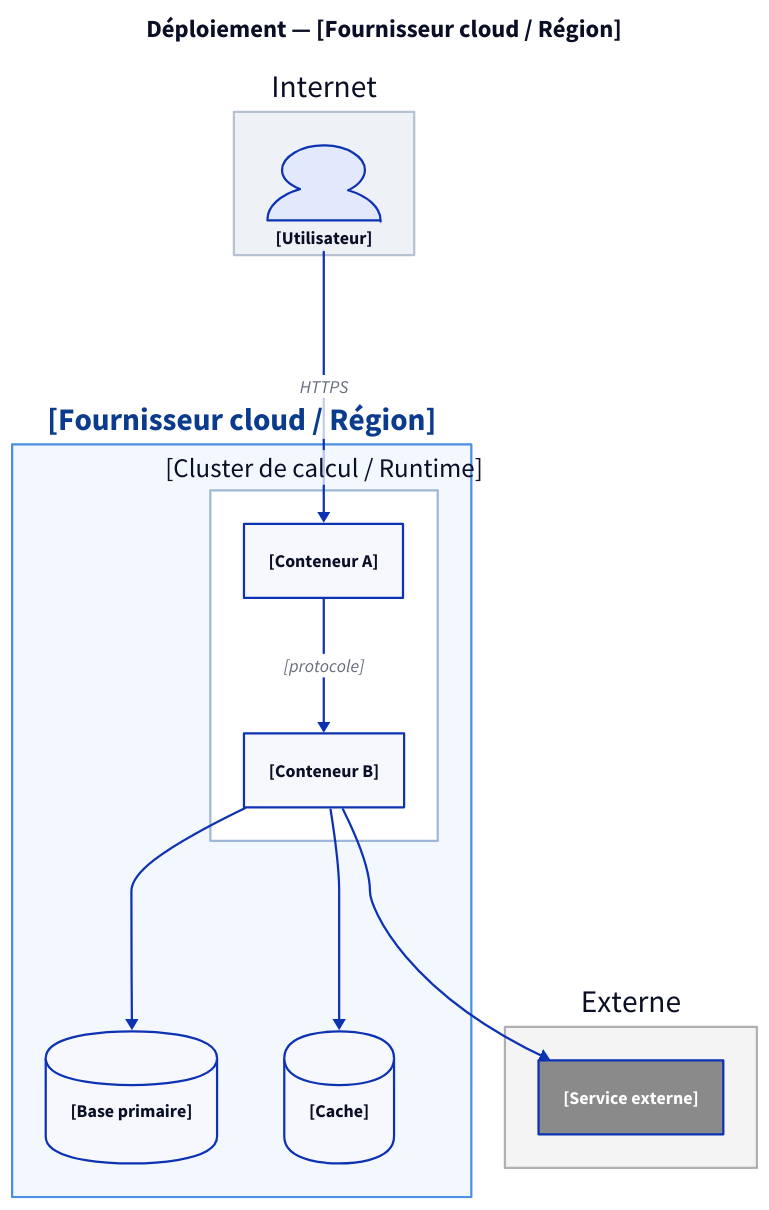
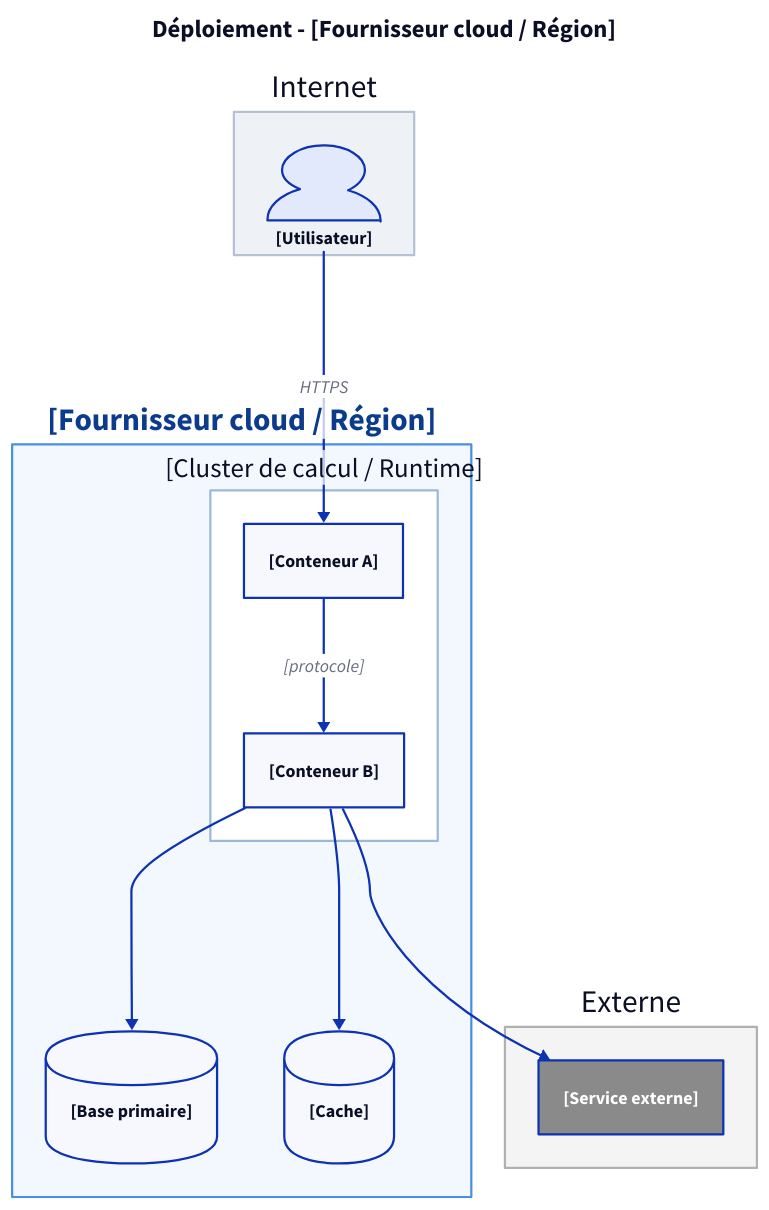
One commit to CGI-Shapsha-Factory/CGI-Factory-AI changed the fifth of 5 diagrams in architecte/templates/diagrammes.md. Above: the diagram before and after it, drawn with D2. The commit also changed other lines of this file and 124 other files, not shown here.

````diff
--- a/architecte/templates/diagrammes.md
+++ b/architecte/templates/diagrammes.md
@@ -163,32 +163,32 @@
 ```d2 theme=0
-title: "Déploiement — [Fournisseur cloud / Région]" { near: top-center; shape: text; style.font-size: 22; style.bold: true }
+title: "Déploiement - [Fournisseur cloud / Région]" { near: top-center; shape: text; style.font-size: 22; style.bold: true }
 direction: down
 
 internet: "Internet" {
   style.fill: "#eef2f7"; style.stroke: "#b6c2d2"
   user: "[Utilisateur]" { shape: person }
 }
 
 cloud: "[Fournisseur cloud / Région]" {
   style.fill: "#f3f8ff"; style.stroke: "#4a90e2"; style.font-color: "#0b3b8c"; style.bold: true
 
   compute: "[Cluster de calcul / Runtime]" {
     style.fill: "#ffffff"; style.stroke: "#9db8d8"
     a: "[Conteneur A]"
     b: "[Conteneur B]"
   }
   db: "[Base primaire]" { shape: cylinder }
   cache: "[Cache]" { shape: cylinder }
 }
 
 externe: "Externe" {
   style.fill: "#f4f4f4"; style.stroke: "#b0b0b0"
   ext: "[Service externe]" { style.fill: "#8a8a8a"; style.font-color: "#ffffff" }
 }
 
 internet.user -> cloud.compute.a: "HTTPS"
 cloud.compute.a -> cloud.compute.b: "[protocole]"
 cloud.compute.b -> cloud.db
 cloud.compute.b -> cloud.cache
 cloud.compute.b -> externe.ext
 ```
````
